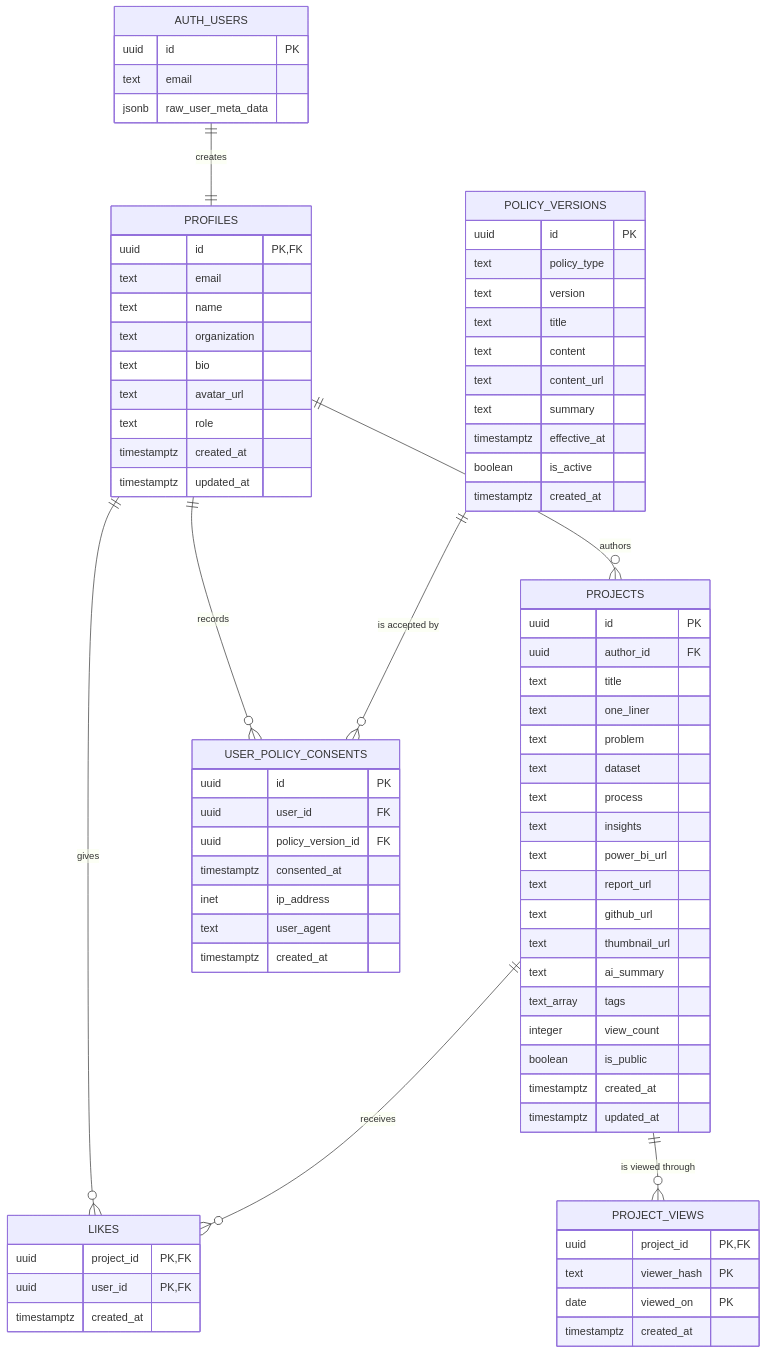
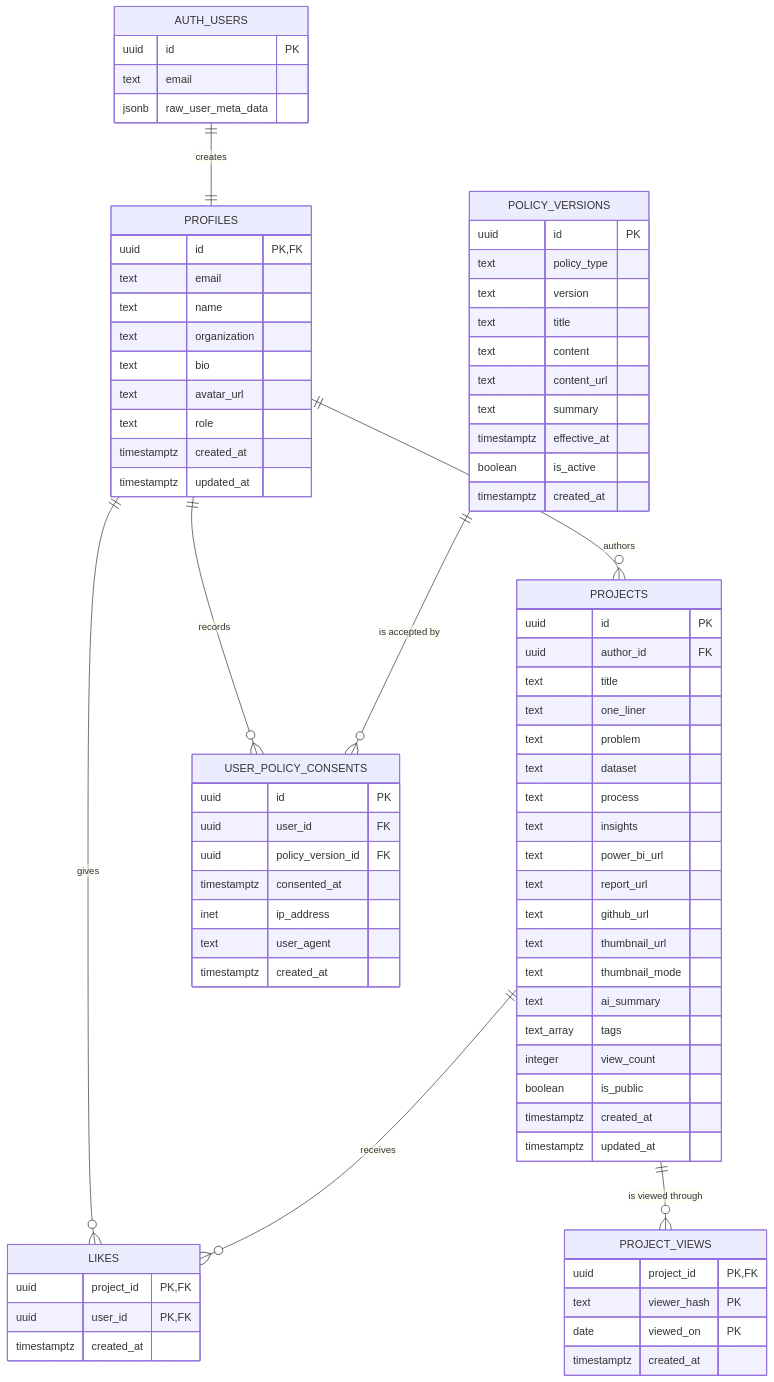
The first of 3 diagrams in docs/DATA_MODEL.md (Snowball-Impact/folio), drawn with Mermaid before and after one commit. The commit also changed 23 other files, not shown here.

```diff
--- a/docs/DATA_MODEL.md
+++ b/docs/DATA_MODEL.md
@@ -45,6 +45,7 @@
         text report_url
         text github_url
         text thumbnail_url
+        text thumbnail_mode
         text ai_summary
         text_array tags
         integer view_count
```
